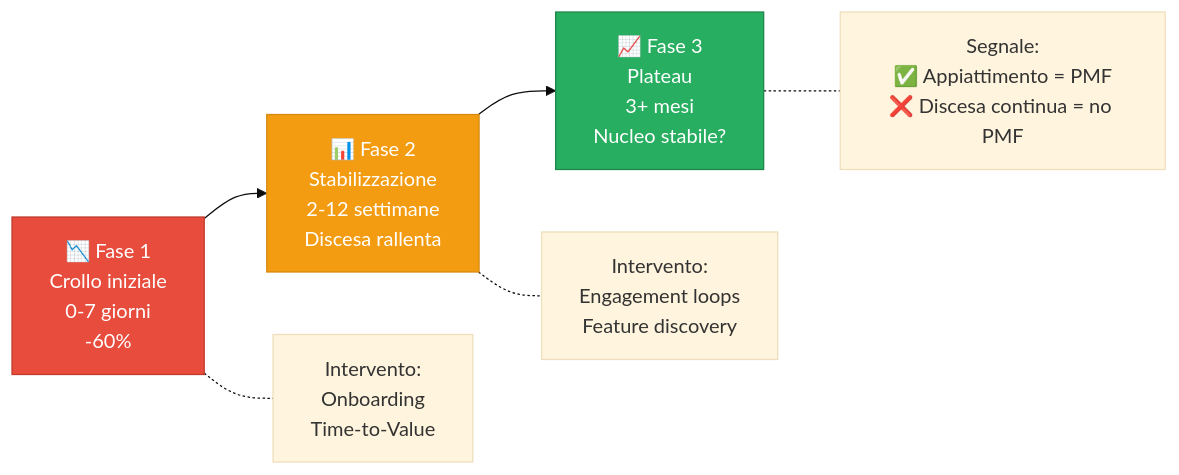
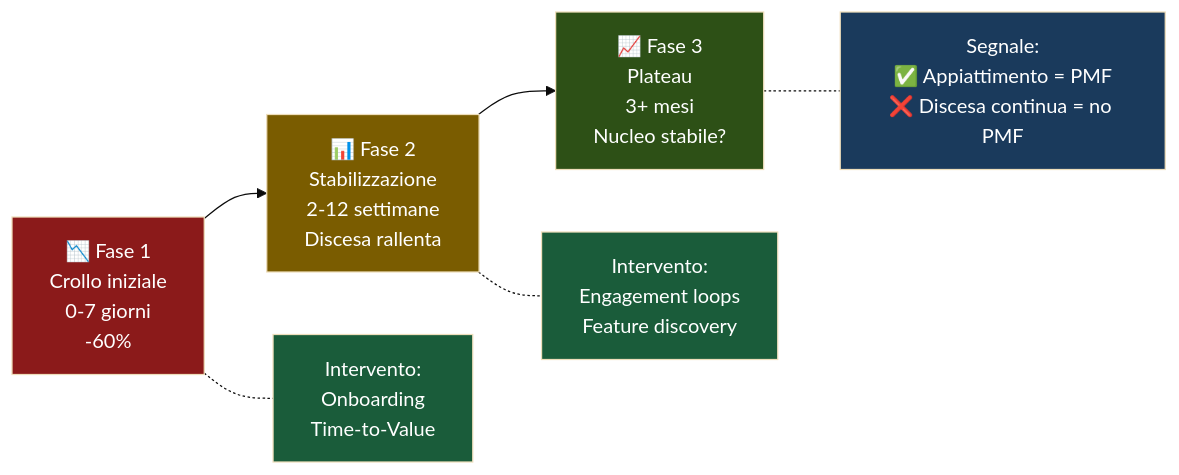
The second of 4 diagrams in src/content/corso/analisi-prodotto/retention-framework.mdx (AndreyBertasini/gynnitech), drawn with Mermaid (base theme) before and after one commit. The commit also changed other lines of this file and 21 other files, not shown here.

First line of the commit message:
style: applica color scheme semantico a tutti i diagrammi Mermaid del corso

````diff
--- a/src/content/corso/analisi-prodotto/retention-framework.mdx
+++ b/src/content/corso/analisi-prodotto/retention-framework.mdx
@@ -102,11 +105,14 @@
 ```mermaid
 graph LR
     P1["📉 Fase 1\nCrollo iniziale\n0-7 giorni\n-60%"] --> P2["📊 Fase 2\nStabilizzazione\n2-12 settimane\nDiscesa rallenta"]
     P2 --> P3["📈 Fase 3\nPlateau\n3+ mesi\nNucleo stabile?"]
     P1 -.- I1["Intervento:\nOnboarding\nTime-to-Value"]
     P2 -.- I2["Intervento:\nEngagement loops\nFeature discovery"]
     P3 -.- I3["Segnale:\n✅ Appiattimento = PMF\n❌ Discesa continua = no PMF"]
-    style P1 fill:#e74c3c,stroke:#c0392b,color:#fff
-    style P2 fill:#f39c12,stroke:#d68910,color:#fff
-    style P3 fill:#27ae60,stroke:#1e8449,color:#fff
+    style P1 fill:#8b1a1a,color:#ffffff
+    style P2 fill:#7a5c00,color:#ffffff
+    style P3 fill:#2d5016,color:#ffffff
+    style I1 fill:#1a5c3a,color:#ffffff
+    style I2 fill:#1a5c3a,color:#ffffff
+    style I3 fill:#1a3a5c,color:#ffffff
 ```
````
